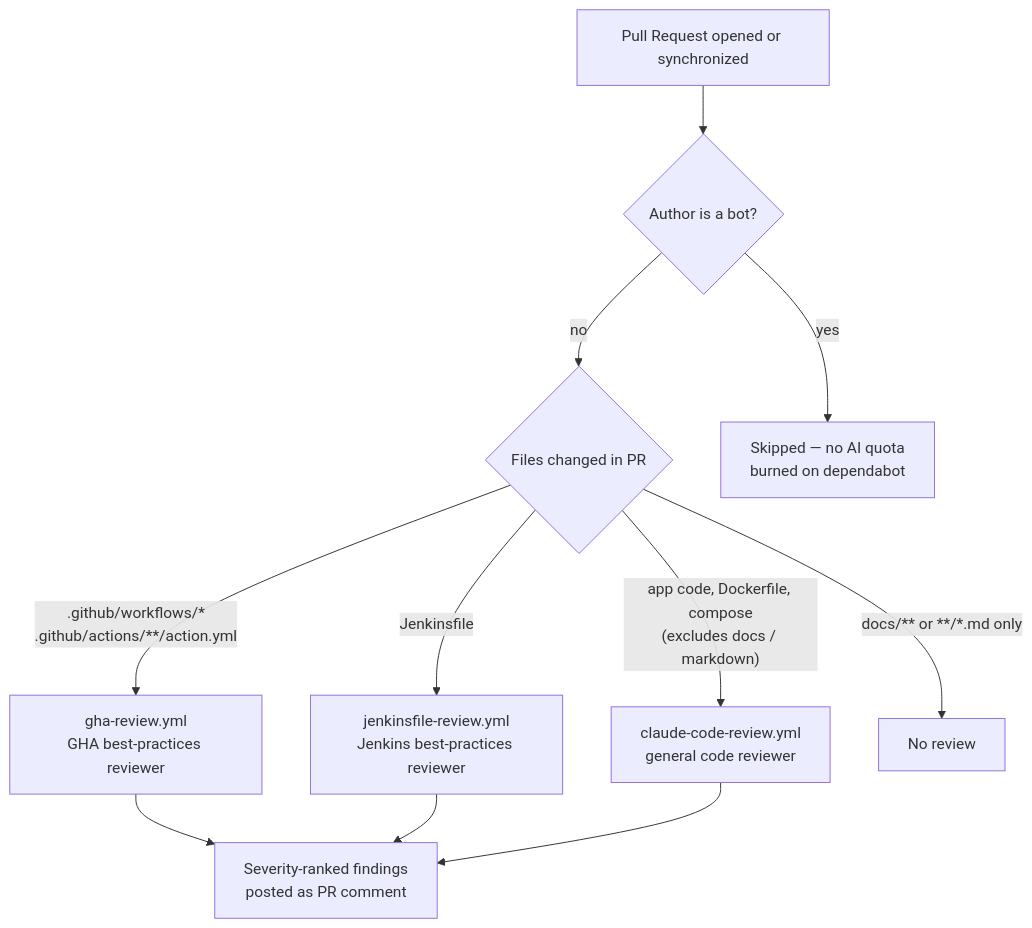
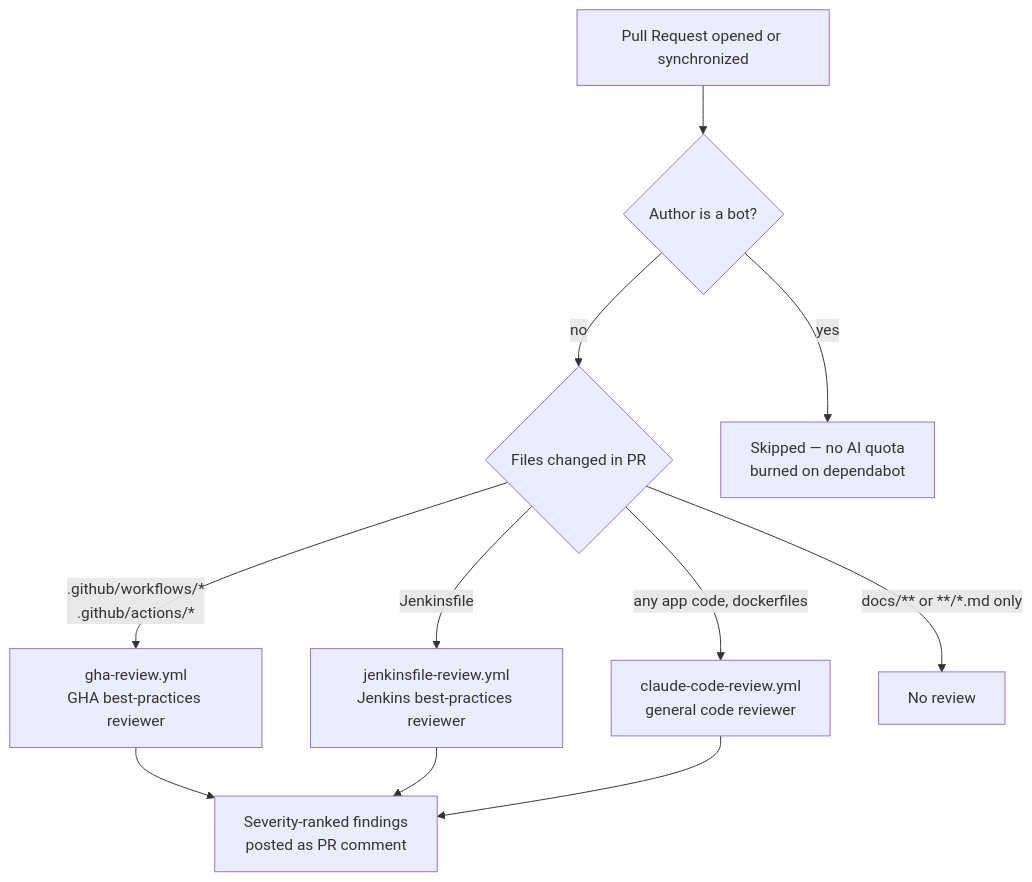
One commit to maksimTrs/ai-ci-github-actions changed the second of 3 diagrams in README.md. Above: the diagram before and after it, drawn with Mermaid.

Commit message:
chore: streamline BotCheck dispatch text and improve clarity in README diagram

````diff
--- a/README.md
+++ b/README.md
@@ -95,19 +95,19 @@
 ```mermaid
 flowchart TD
     PR[Pull Request opened or synchronized]
     BotCheck{Author is a bot?}
     Dispatch{Files changed in PR}
 
     PR --> BotCheck
     BotCheck -->|yes| Skip[Skipped — no AI quota<br/> burned on dependabot]
     BotCheck -->|no| Dispatch
 
-    Dispatch -->|".github/workflows/*<br/>.github/actions/**/action.yml"| GHA["gha-review.yml<br/>GHA best-practices reviewer"]
+    Dispatch -->|".github/workflows/*<br/>.github/actions/*"| GHA["gha-review.yml<br/>GHA best-practices reviewer"]
     Dispatch -->|"Jenkinsfile"| JF["jenkinsfile-review.yml<br/>Jenkins best-practices reviewer"]
-    Dispatch -->|"app code, Dockerfile, compose<br/>(excludes docs / markdown)"| General["claude-code-review.yml<br/>general code reviewer"]
+    Dispatch -->|"any app code, dockerfiles"| General["claude-code-review.yml<br/>general code reviewer"]
     Dispatch -->|"docs/** or **/*.md only"| Nothing[No review]
 
     GHA --> Comment[Severity-ranked findings<br/>posted as PR comment]
     JF --> Comment
     General --> Comment
 ```
````
